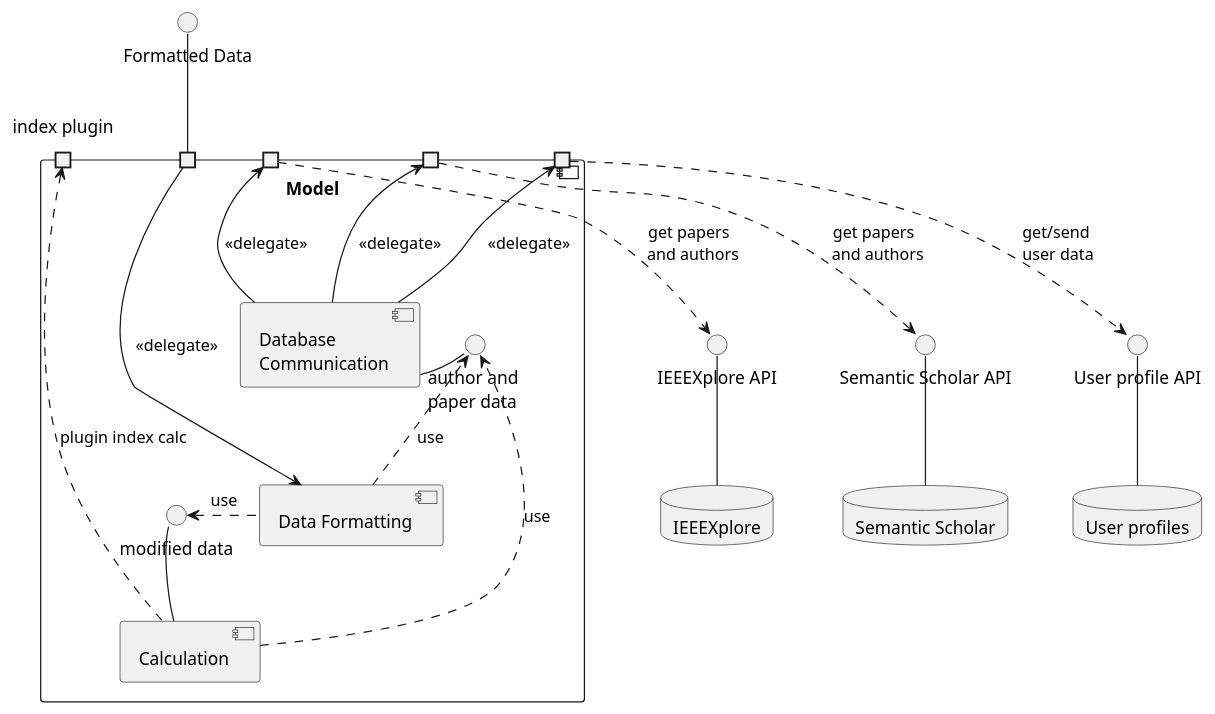
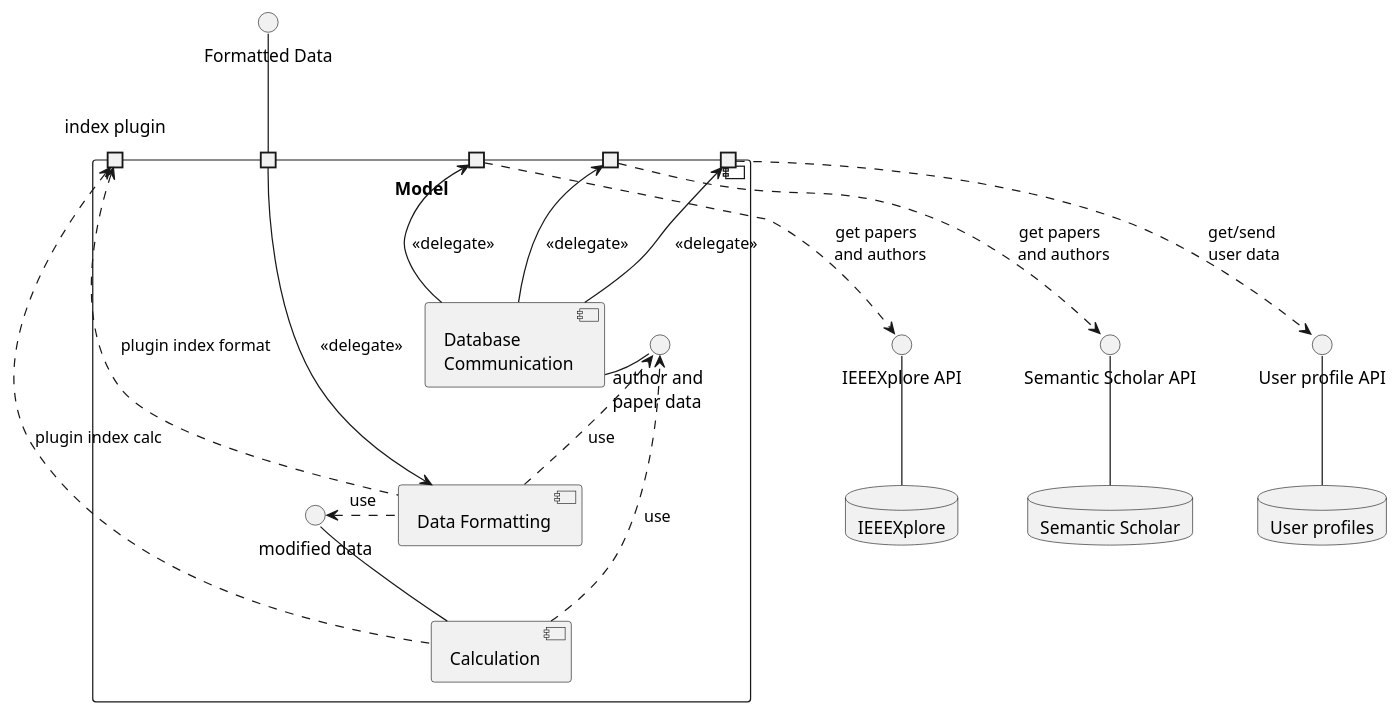
The diagram in docs/uml/Model.puml (pablo-schmeiser/Scholarizer), drawn with PlantUML before and after one commit.

Commit message:
added connection from data formatting component to index plugin port

```diff
--- a/docs/uml/Model.puml
+++ b/docs/uml/Model.puml
@@ -4,60 +4,61 @@
 @startuml
 
 Component Model {
     Component "Database \nCommunication" as DBC
     Component "Calculation" as C
     Component "Data Formatting" as DF
 
     () "modified data" as MF
     () "author and \npaper data" as APD
 
     port " " as fd
     'interface to add new indices
     portin "index plugin" as iplug
     portin " " as iapi
     portin " " as sapi
     portin " " as uapi
 }
 
 Database IEEEXplore as IEEE
 Database "User profiles" as UP
 Database "Semantic Scholar" as SS
 
 () "IEEEXplore API" as IAPI
 () "Semantic Scholar API" as SAPI
 () "User profile API" as UAPI
 () "Formatted Data" as FD
 
 'provided Interfaces
 fd -up- FD
 IEEE -up- IAPI
 UP -up- UAPI
 SS -up- SAPI
 DBC -left- APD
 C -up- MF
 
 'ports
 DF <- fd : <<delegate>>
 DBC -> iapi : <<delegate>>
 DBC -> sapi : <<delegate>>
 DBC -> uapi : <<delegate>>
 
 'required Interfaces
 iapi .down.> IAPI : get papers \n and authors
 sapi .down.> SAPI : get papers \n and authors
 uapi .down.> UAPI : get/send \nuser data
 C .right.> APD : use
-C .up.> iplug: plugin index calc
+C .up.> iplug : plugin index calc
+DF .up.> iplug : plugin index format
 DF .left.> MF : use
 DF ..> APD : use
 
 
 'formatting
 DBC -[hidden]down- DF
 DBC -[hidden]down- C
 DBC -[hidden]left- APD
 C -[hidden]down- MF
 DF -[hidden]right- MF
 C -[hidden]right- APD
 
 @enduml
```
